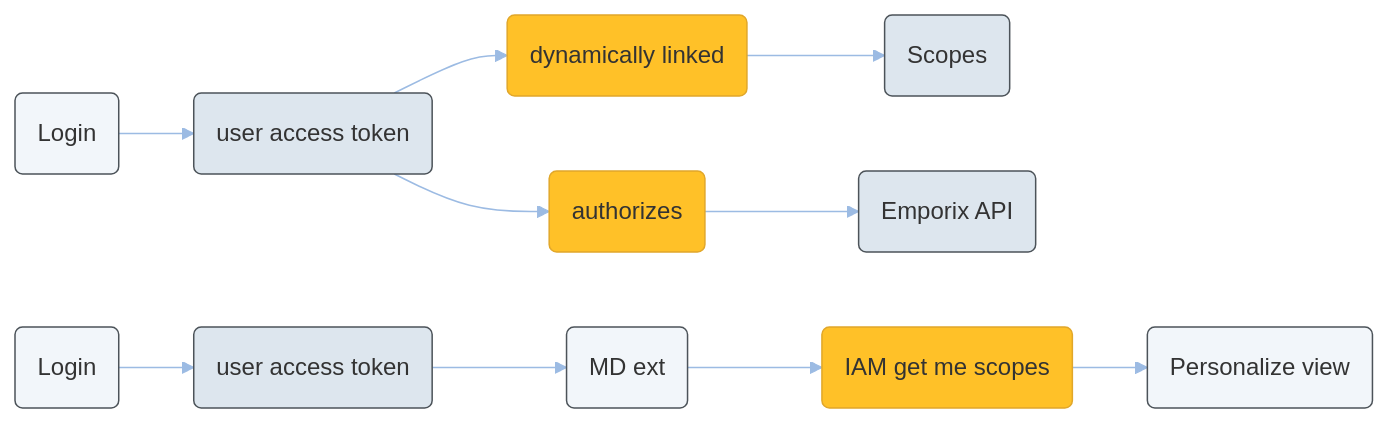
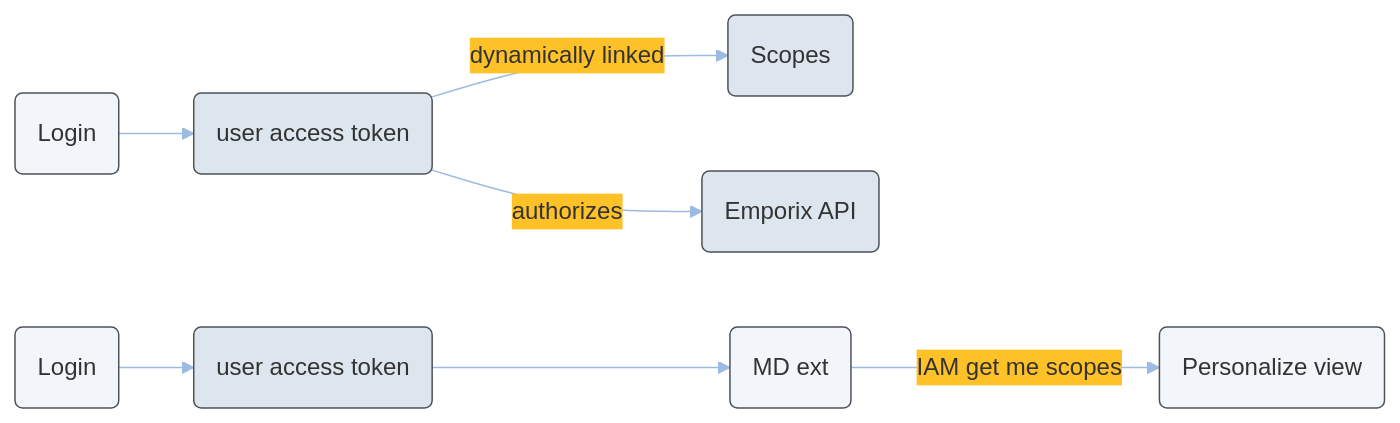
One commit to emporix/api-references changed the second of 2 diagrams in quickstart/authentication-and-authorization/custom-scopes-custom-entities.md. Above: the diagram before and after it, drawn with Mermaid. The commit also changed other lines of this file, not shown here.

````diff
--- a/quickstart/authentication-and-authorization/custom-scopes-custom-entities.md
+++ b/quickstart/authentication-and-authorization/custom-scopes-custom-entities.md
@@ -64,53 +83,44 @@
 ```mermaid
 ---
 config:
   layout: fixed
   theme: base
   look: classic
   themeVariables:
     background: transparent
     lineColor: "#9CBBE3"
     arrowheadColor: "#9CBBE3"
     edgeLabelBackground: "#FFC128"
     edgeLabelTextColor: "#4C5359"
 ---
 flowchart LR
     L1[Login] --> T1[user access token]
-    T1 --> D[dynamically linked]
-    D --> S[Scopes]
-    T1 --> AU[authorizes]
-    AU --> API[Emporix API]
+    T1 -->|dynamically linked| S[Scopes]
+    T1 -->|authorizes| API[Emporix API]
 
     L2[Login] --> T2[user access token]
     T2 --> MD[MD ext]
-    MD --> I[IAM get me scopes]
-    I --> PV[Personalize view]
+    MD -->|IAM get me scopes| PV[Personalize view]
 
     L1@{ shape: rounded}
     T1@{ shape: rounded}
-    D@{ shape: rounded}
     S@{ shape: rounded}
-    AU@{ shape: rounded}
     API@{ shape: rounded}
     L2@{ shape: rounded}
     T2@{ shape: rounded}
     MD@{ shape: rounded}
-    I@{ shape: rounded}
     PV@{ shape: rounded}
 
     L1:::Class_04
     L2:::Class_04
     T1:::Class_02
     T2:::Class_02
     S:::Class_02
     API:::Class_02
     MD:::Class_04
     PV:::Class_04
-    D:::Class_03
-    AU:::Class_03
-    I:::Class_03
     classDef Class_02 stroke-width:1px, stroke-dasharray: 0, stroke:#4C5359, fill:#DDE6EE
     classDef Class_01 stroke-width:1px, stroke-dasharray: 0, stroke:#4C5359, fill:#A1BDDC
     classDef Class_03 stroke-width:1px, stroke-dasharray: 0, stroke:#E1A72A, fill:#FFC128
     classDef Class_04 fill:#F2F6FA, stroke:#4C5359
 ```
````
